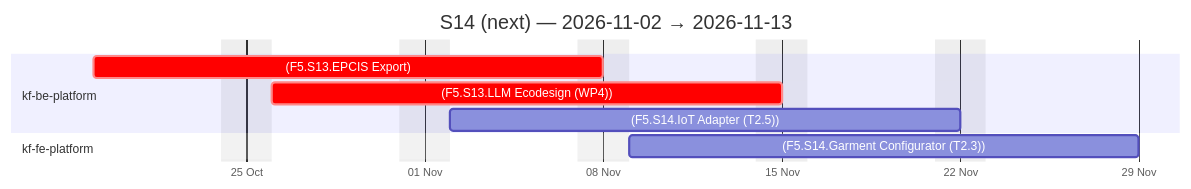
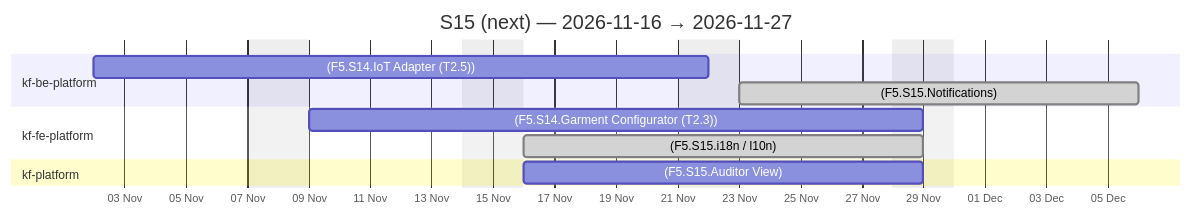
One commit to Katty-Fashion/kf-cpto changed the fourth of 4 diagrams in docs/agile-sprints.md. Above: the diagram before and after it, drawn with Mermaid. The commit also changed other lines of this file and 15 other files, not shown here.

````diff
--- a/docs/agile-sprints.md
+++ b/docs/agile-sprints.md
@@ -96,14 +92,16 @@
 ```mermaid
 gantt
-    title S14 (next) — 2026-11-02 → 2026-11-13
+    title S15 (next) — 2026-11-16 → 2026-11-27
     dateFormat YYYY-MM-DD
     axisFormat %d %b
     excludes weekends
 
     section kf-be-platform
-    (F5.S13.EPCIS Export) :crit, 2026-10-19, 2026-11-08
-    (F5.S13.LLM Ecodesign (WP4)) :crit, 2026-10-26, 2026-11-15
     (F5.S14.IoT Adapter (T2.5)) :2026-11-02, 2026-11-22
+    (F5.S15.Notifications) :done, 2026-11-23, 2026-12-06
     section kf-fe-platform
     (F5.S14.Garment Configurator (T2.3)) :2026-11-09, 2026-11-29
+    (F5.S15.i18n / l10n) :done, 2026-11-16, 2026-11-29
+    section kf-platform
+    (F5.S15.Auditor View) :2026-11-16, 2026-11-29
 ```
````
